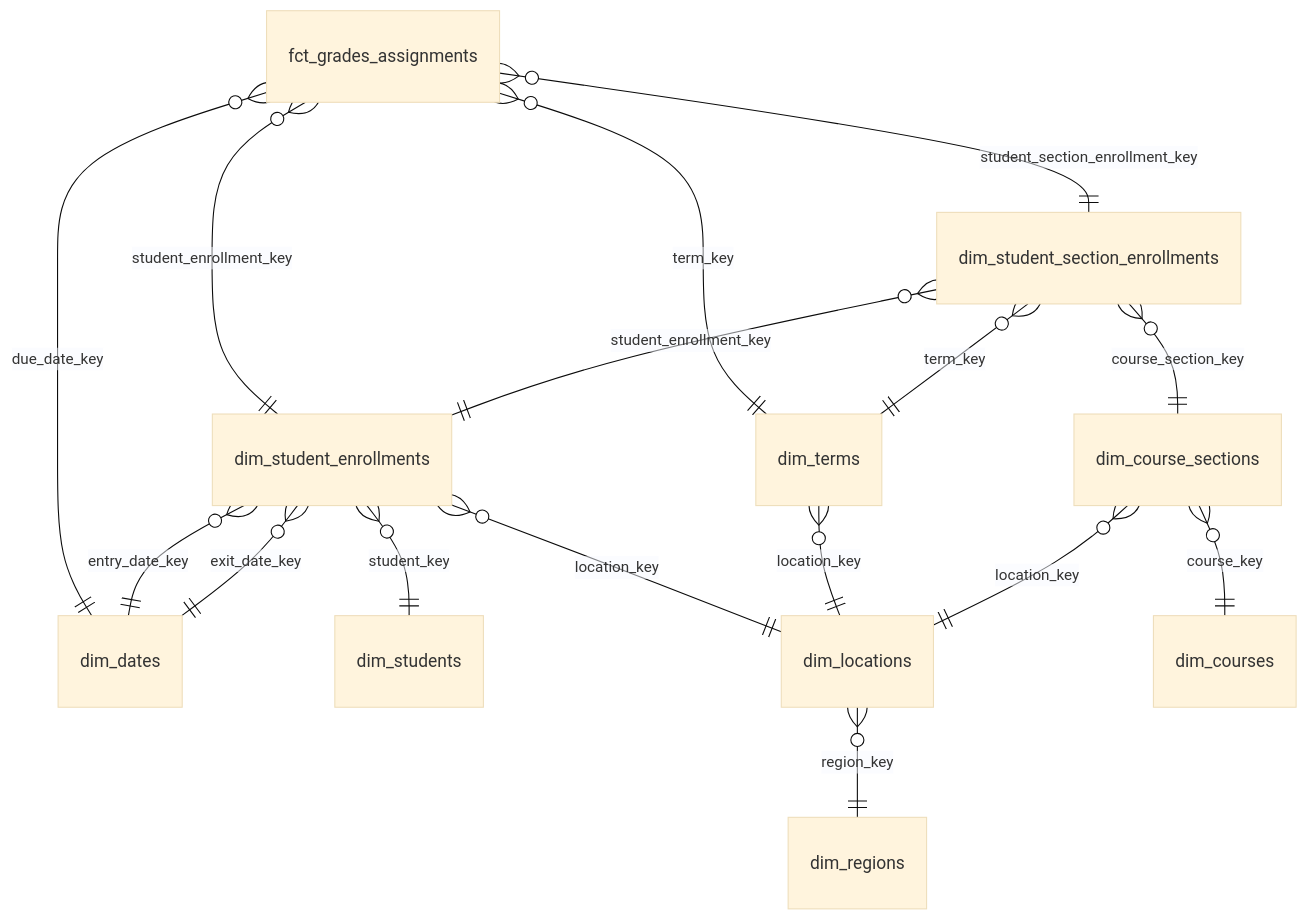
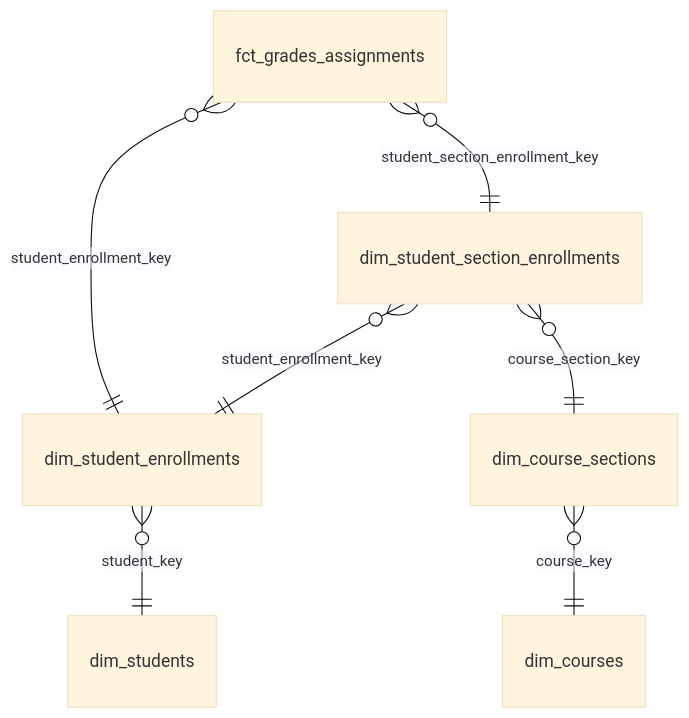
Before and after one commit to TEAMSchools/teamster: the sixth of 24 diagrams in docs/reference/marts-data-models.md, drawn with Mermaid (base theme). The commit also changed other lines of this file and 2 other files, not shown here.

First line of the commit message:
docs(marts): omit conformed dimensions from snowflake diagrams

````diff
--- a/docs/reference/marts-data-models.md
+++ b/docs/reference/marts-data-models.md
@@ -149,18 +120,9 @@
 ```mermaid
 erDiagram
   fct_grades_assignments }o--|| dim_student_section_enrollments : "student_section_enrollment_key"
   fct_grades_assignments }o--|| dim_student_enrollments : "student_enrollment_key"
-  fct_grades_assignments }o--|| dim_terms : "term_key"
-  fct_grades_assignments }o--|| dim_dates : "due_date_key"
   dim_student_section_enrollments }o--|| dim_student_enrollments : "student_enrollment_key"
   dim_student_section_enrollments }o--|| dim_course_sections : "course_section_key"
-  dim_student_section_enrollments }o--|| dim_terms : "term_key"
   dim_student_enrollments }o--|| dim_students : "student_key"
-  dim_student_enrollments }o--|| dim_locations : "location_key"
-  dim_student_enrollments }o--|| dim_dates : "entry_date_key"
-  dim_student_enrollments }o--|| dim_dates : "exit_date_key"
-  dim_terms }o--|| dim_locations : "location_key"
   dim_course_sections }o--|| dim_courses : "course_key"
-  dim_course_sections }o--|| dim_locations : "location_key"
-  dim_locations }o--|| dim_regions : "region_key"
 ```
````
